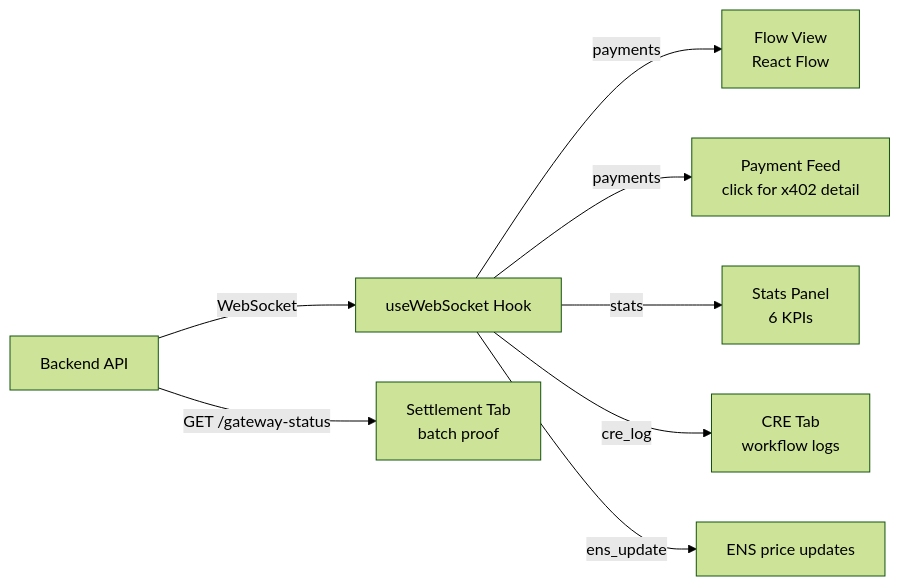
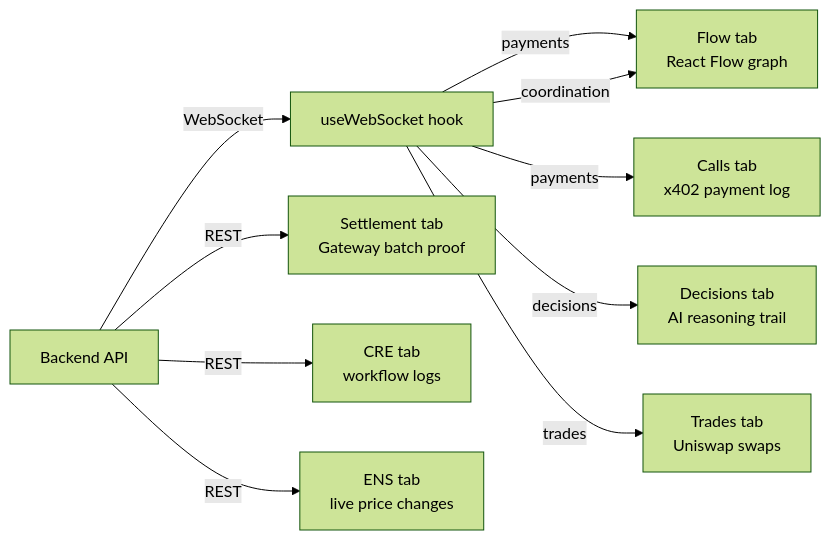
Before and after one commit to JulioMCruz/Flow-Broker: the diagram in app/README.md, drawn with Mermaid (forest theme). The commit also changed other lines of this file and 4 other files, not shown here.

````diff
--- a/app/README.md
+++ b/app/README.md
@@ -7,10 +7,12 @@
 ```mermaid
 graph LR
-    BE[Backend API] -->|WebSocket| WS[useWebSocket Hook]
-    WS -->|payments| FV[Flow View<br/>React Flow]
-    WS -->|payments| PF[Payment Feed<br/>click for x402 detail]
-    WS -->|stats| SP[Stats Panel<br/>6 KPIs]
-    WS -->|cre_log| CRE[CRE Tab<br/>workflow logs]
-    WS -->|ens_update| ENS[ENS price updates]
-    BE -->|GET /gateway-status| ST[Settlement Tab<br/>batch proof]
+    BE[Backend API] -->|WebSocket| WS[useWebSocket hook]
+    WS -->|payments| FV[Flow tab<br/>React Flow graph]
+    WS -->|payments| CF[Calls tab<br/>x402 payment log]
+    WS -->|decisions| DT[Decisions tab<br/>AI reasoning trail]
+    WS -->|trades| TR[Trades tab<br/>Uniswap swaps]
+    WS -->|coordination| FV
+    BE -->|REST| ST[Settlement tab<br/>Gateway batch proof]
+    BE -->|REST| CRE[CRE tab<br/>workflow logs]
+    BE -->|REST| EN[ENS tab<br/>live price changes]
 ```
````
